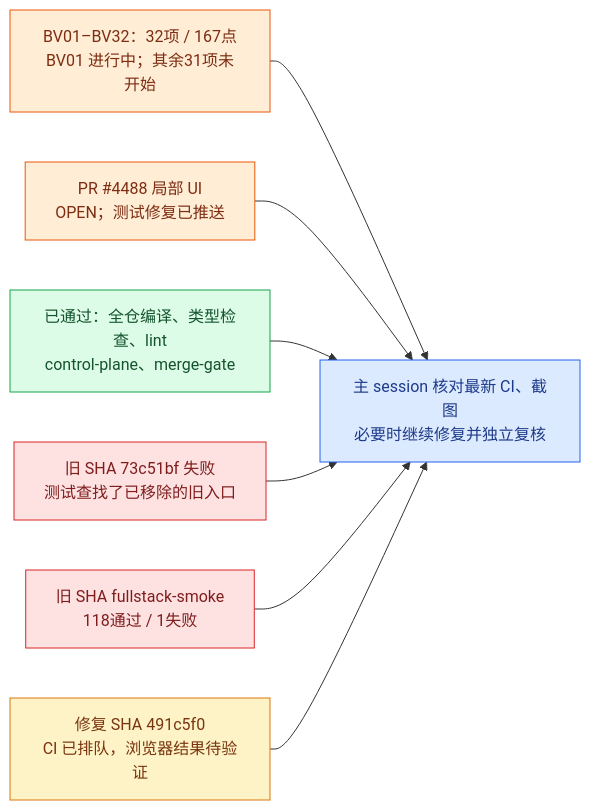
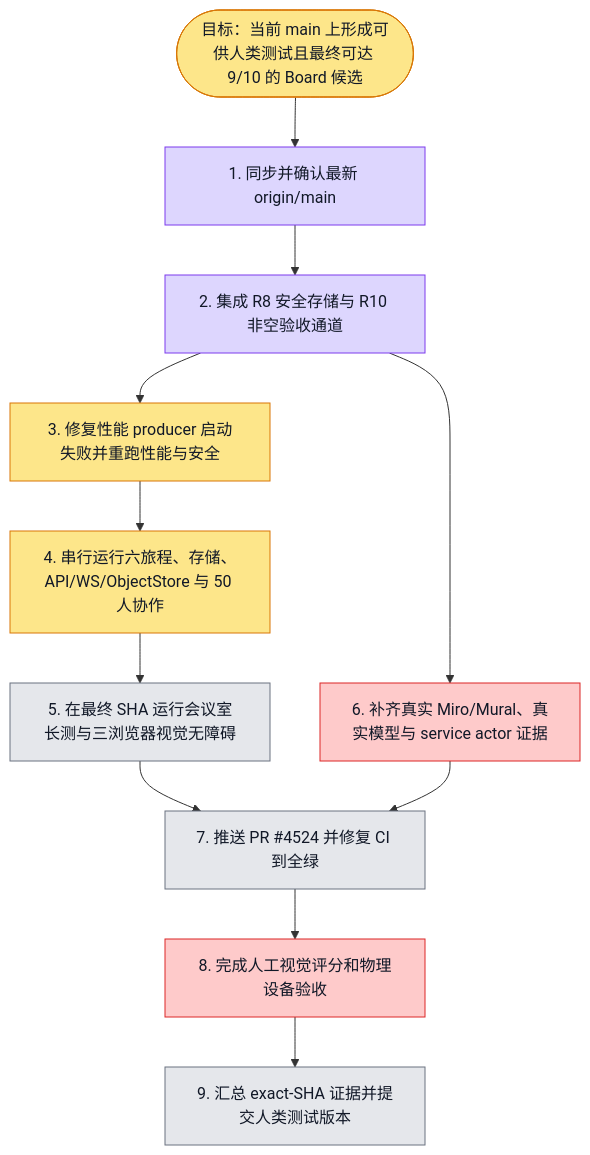
One commit to boardx/workspacex changed the first of 3 diagrams in phases/phase-19-board-visual-workspace/design-deltas/2026-09-26-unified-board-plan.md. Above: the diagram before and after it, drawn with Mermaid. The commit also changed other lines of this file and 572 other files, not shown here.

````diff
--- a/phases/phase-19-board-visual-workspace/design-deltas/2026-09-26-unified-board-plan.md
+++ b/phases/phase-19-board-visual-workspace/design-deltas/2026-09-26-unified-board-plan.md
@@ -27,21 +27,41 @@
 ```mermaid
-flowchart LR
-  A["BV01–BV32：32项 / 167点<br/>BV01 进行中；其余31项未开始"]:::risk
-  B["PR #4488 局部 UI<br/>OPEN；测试修复已推送"]:::risk
-  C["已通过：全仓编译、类型检查、lint<br/>control-plane、merge-gate"]:::done
-  D["旧 SHA 73c51bf 失败<br/>测试查找了已移除的旧入口"]:::fail
-  E["旧 SHA fullstack-smoke<br/>118通过 / 1失败"]:::fail
-  F["修复 SHA 491c5f0<br/>CI 已排队，浏览器结果待验证"]:::wait
-  G["主 session 核对最新 CI、截图<br/>必要时继续修复并独立复核"]:::next
-  A --> G
-  B --> G
-  C --> G
-  D --> G
-  E --> G
-  F --> G
-  classDef done fill:#dcfce7,stroke:#16a34a,color:#14532d
-  classDef wait fill:#fef3c7,stroke:#d97706,color:#78350f
-  classDef fail fill:#fee2e2,stroke:#dc2626,color:#7f1d1d
-  classDef risk fill:#ffedd5,stroke:#ea580c,color:#7c2d12
-  classDef next fill:#dbeafe,stroke:#2563eb,color:#1e3a8a
+flowchart TD
+  G([目标：当前 main 上形成可供人类测试且最终可达 9/10 的 Board 候选])
+  S1[1. 同步并确认最新 origin/main]
+  S2[2. 集成 R8 安全存储与 R10 非空验收通道]
+  S3[3. 修复性能 producer 启动失败并重跑性能与安全]
+  S4[4. 串行运行六旅程、存储、API/WS/ObjectStore 与 50 人协作]
+  S5[5. 在最终 SHA 运行会议室长测与三浏览器视觉无障碍]
+  S6[6. 补齐真实 Miro/Mural、真实模型与 service actor 证据]
+  S7[7. 推送 PR #4524 并修复 CI 到全绿]
+  S8[8. 完成人工视觉评分和物理设备验收]
+  S9[9. 汇总 exact-SHA 证据并提交人类测试版本]
+
+  G --> S1
+  S1 --> S2
+  S2 --> S3
+  S3 --> S4
+  S4 --> S5
+  S2 --> S6
+  S5 --> S7
+  S6 --> S7
+  S7 --> S8
+  S8 --> S9
+
+  classDef todo fill:#e5e7eb,stroke:#6b7280,color:#111827
+  classDef doing fill:#fde68a,stroke:#d97706,color:#111827
+  classDef done fill:#bbf7d0,stroke:#16a34a,color:#111827
+  classDef tested fill:#ddd6fe,stroke:#7c3aed,color:#111827
+  classDef blocked fill:#fecaca,stroke:#dc2626,color:#111827
+
+  class G doing
+  class S1 tested
+  class S2 tested
+  class S3 doing
+  class S4 doing
+  class S5 todo
+  class S6 blocked
+  class S7 todo
+  class S8 blocked
+  class S9 todo
 ```
````
